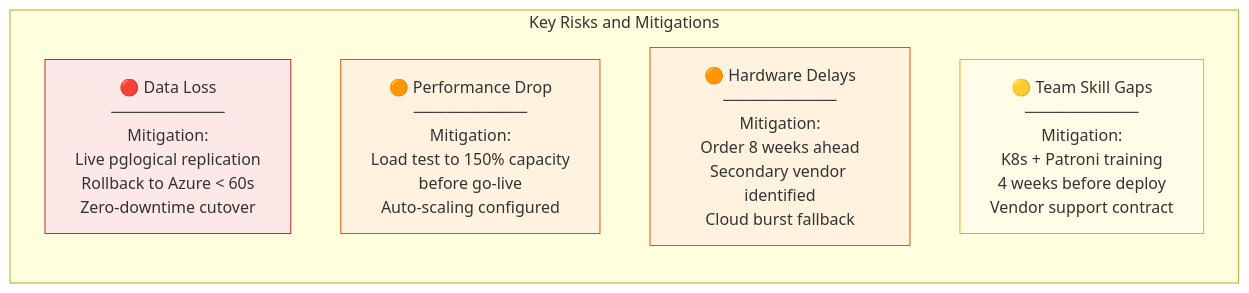
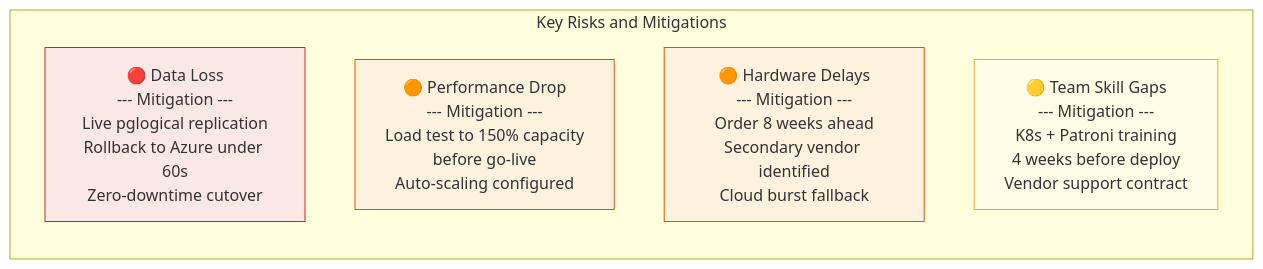
The third of 4 diagrams in docs/Presentation/01-Executive-Presentation.md (Shasi19/Azure-VxRail-VMware-Migration), drawn with Mermaid before and after one commit. The commit also changed 10 other files, not shown here.

First line of the commit message:
Fix inconsistencies: Mermaid render, K8s version, environment naming

````diff
--- a/docs/Presentation/01-Executive-Presentation.md
+++ b/docs/Presentation/01-Executive-Presentation.md
@@ -150,14 +150,14 @@
 ```mermaid
 graph LR
     subgraph RISKS["Key Risks and Mitigations"]
-        R1["🔴 Data Loss\n──────────\nMitigation:\nLive pglogical replication\nRollback to Azure < 60s\nZero-downtime cutover"]
-        R2["🟠 Performance Drop\n──────────\nMitigation:\nLoad test to 150% capacity\nbefore go-live\nAuto-scaling configured"]
-        R3["🟠 Hardware Delays\n──────────\nMitigation:\nOrder 8 weeks ahead\nSecondary vendor identified\nCloud burst fallback"]
-        R4["🟡 Team Skill Gaps\n──────────\nMitigation:\nK8s + Patroni training\n4 weeks before deploy\nVendor support contract"]
+        R1["🔴 Data Loss\n--- Mitigation ---\nLive pglogical replication\nRollback to Azure under 60s\nZero-downtime cutover"]
+        R2["🟠 Performance Drop\n--- Mitigation ---\nLoad test to 150% capacity\nbefore go-live\nAuto-scaling configured"]
+        R3["🟠 Hardware Delays\n--- Mitigation ---\nOrder 8 weeks ahead\nSecondary vendor identified\nCloud burst fallback"]
+        R4["🟡 Team Skill Gaps\n--- Mitigation ---\nK8s + Patroni training\n4 weeks before deploy\nVendor support contract"]
     end
 
     style R1 fill:#fde8e8,stroke:#c62828
     style R2 fill:#fff3e0,stroke:#e65100
     style R3 fill:#fff3e0,stroke:#e65100
     style R4 fill:#fffde7,stroke:#f9a825
 ```
````
